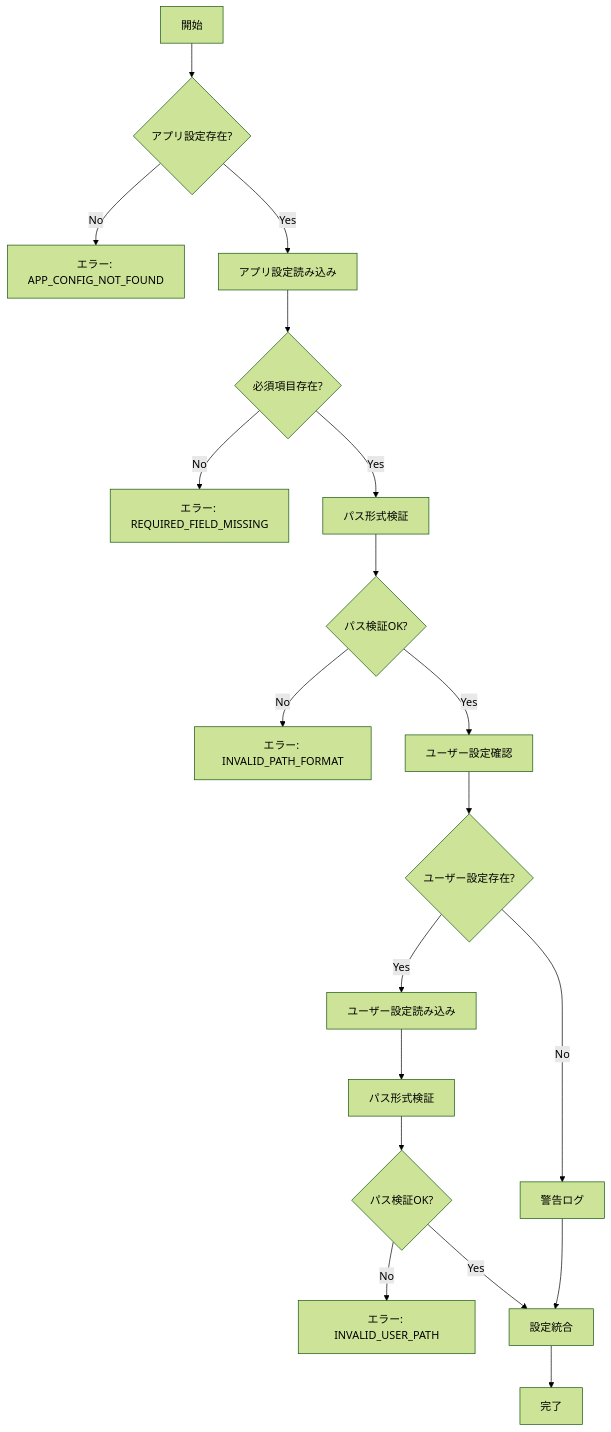
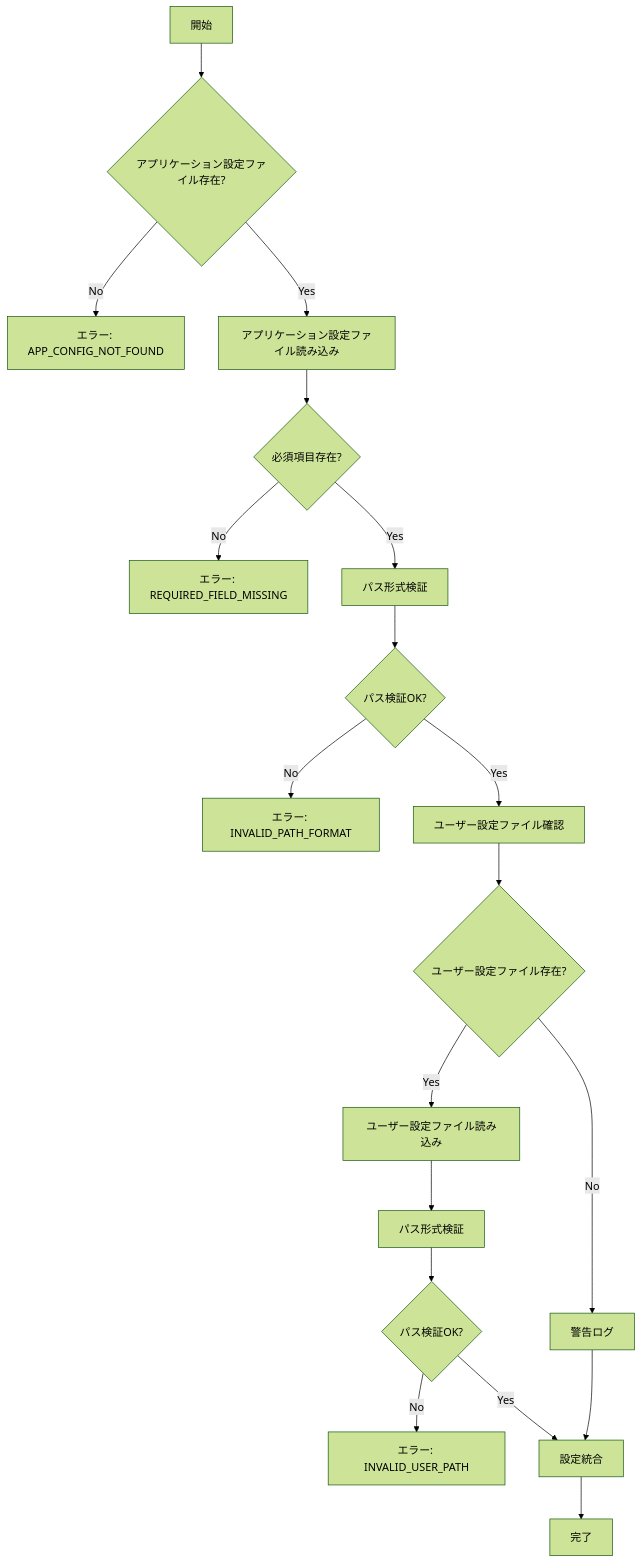
One commit to tettuan/breakdownconfig changed the fifth of 6 diagrams in docs/development.ja.md. Above: the diagram before and after it, drawn with Mermaid (forest theme). The commit also changed other lines of this file, not shown here.

````diff
--- a/docs/development.ja.md
+++ b/docs/development.ja.md
@@ -146,21 +146,21 @@
 ```mermaid
 flowchart TD
-    A[開始] --> B{アプリ設定存在?}
+    A[開始] --> B{アプリケーション設定ファイル存在?}
     B -->|No| C[エラー: APP_CONFIG_NOT_FOUND]
-    B -->|Yes| D[アプリ設定読み込み]
+    B -->|Yes| D[アプリケーション設定ファイル読み込み]
     D --> E{必須項目存在?}
     E -->|No| F[エラー: REQUIRED_FIELD_MISSING]
     E -->|Yes| G[パス形式検証]
     G --> H{パス検証OK?}
     H -->|No| I[エラー: INVALID_PATH_FORMAT]
-    H -->|Yes| J[ユーザー設定確認]
-    J --> K{ユーザー設定存在?}
+    H -->|Yes| J[ユーザー設定ファイル確認]
+    J --> K{ユーザー設定ファイル存在?}
     K -->|No| L[警告ログ]
-    K -->|Yes| M[ユーザー設定読み込み]
+    K -->|Yes| M[ユーザー設定ファイル読み込み]
     M --> N[パス形式検証]
     N --> O{パス検証OK?}
     O -->|No| P[エラー: INVALID_USER_PATH]
     O -->|Yes| Q[設定統合]
     L --> Q
     Q --> R[完了]
 ```
````
